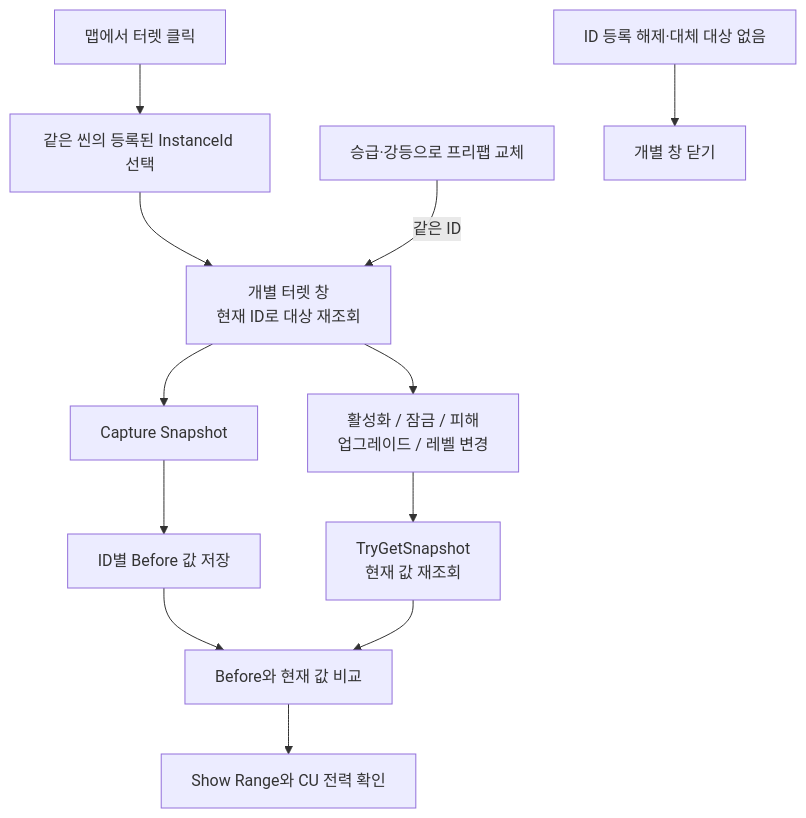
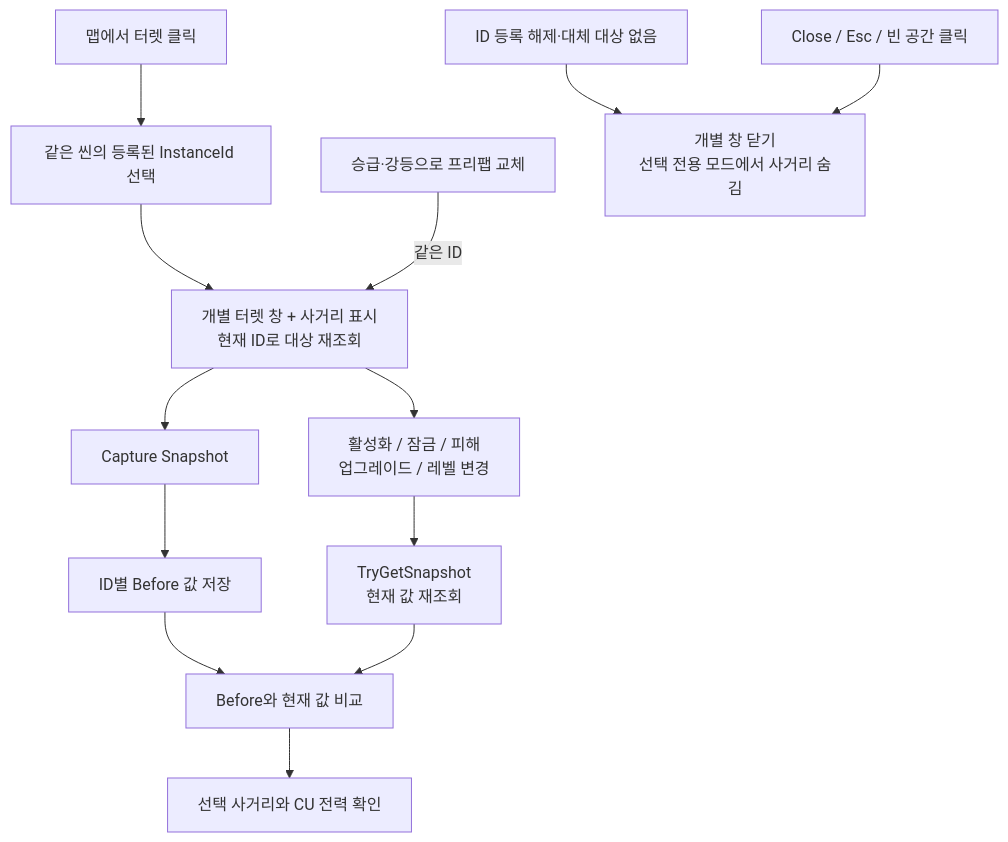
One commit to Team-HJD-21/unity-6-the-developer changed diagram 15 of 16 in Docs/architecture/turret-system-guide.md. Above: the diagram before and after it, drawn with Mermaid. The commit also changed other lines of this file and 2 other files, not shown here.

Commit message:
feat(turret-test): show attack ranges for selected turret
Tie minimum and maximum range visibility to turret selection, follow level replacements, remove per-window range toggles, and document the explicit all-ranges debug mode.

Validation: .NET compilation passed with 0 errors and 28 existing warnings. PlayMode visual verification remains pending.

````diff
--- a/Docs/architecture/turret-system-guide.md
+++ b/Docs/architecture/turret-system-guide.md
@@ -685,14 +687,15 @@
 ```mermaid
 flowchart TD
     Click["맵에서 터렛 클릭"] --> Select["같은 씬의 등록된 InstanceId 선택"]
-    Select --> Window["개별 터렛 창<br>현재 ID로 대상 재조회"]
+    Select --> Window["개별 터렛 창 + 사거리 표시<br>현재 ID로 대상 재조회"]
     Window --> Capture
     Window --> Action
     Replacement["승급·강등으로 프리팹 교체"] -->|"같은 ID"| Window
-    Missing["ID 등록 해제·대체 대상 없음"] --> Close["개별 창 닫기"]
+    Missing["ID 등록 해제·대체 대상 없음"] --> Close["개별 창 닫기<br>선택 전용 모드에서 사거리 숨김"]
+    Deselect["Close / Esc / 빈 공간 클릭"] --> Close
     Capture["Capture Snapshot"] --> Stored["ID별 Before 값 저장"]
     Action["활성화 / 잠금 / 피해<br>업그레이드 / 레벨 변경"] --> Query["TryGetSnapshot<br>현재 값 재조회"]
     Stored --> Compare["Before와 현재 값 비교"]
     Query --> Compare
-    Compare --> Visual["Show Range와 CU 전력 확인"]
+    Compare --> Visual["선택 사거리와 CU 전력 확인"]
 ```
````
